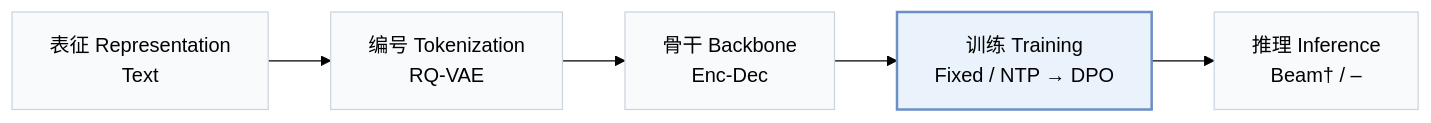
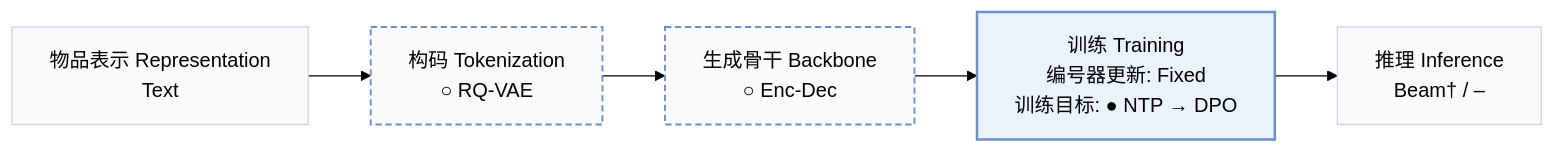
One commit to Galaxy-ghost/Awesome-SID-Generative-Rec changed the first of 2 diagrams in pages/zh/papers/ragr.md. Above: the diagram before and after it, drawn with Mermaid (forest theme). The commit also changed other lines of this file and 558 other files, not shown here.

````diff
--- a/pages/zh/papers/ragr.md
+++ b/pages/zh/papers/ragr.md
@@ -15,8 +18,10 @@
 ```mermaid
 flowchart LR
-    R["表征 Representation<br/>Text"] --> T["编号 Tokenization<br/>RQ-VAE"] --> B["骨干 Backbone<br/>Enc-Dec"] --> TR["训练 Training<br/>Fixed / NTP → DPO"] --> I["推理 Inference<br/>Beam† / –"]
+    R["物品表示 Representation<br/>Text"] --> T["构码 Tokenization<br/>○ RQ-VAE"] --> B["生成骨干 Backbone<br/>○ Enc-Dec"] --> TR["训练 Training<br/>编号器更新: Fixed<br/>训练目标: ● NTP → DPO"] --> I["推理 Inference<br/>Beam† / –"]
     classDef base fill:#f8fafc,stroke:#cbd5e1
     class R,T,B,TR,I base
+    classDef other fill:#f8fafc,stroke:#6b8fc7,stroke-width:1.5px,stroke-dasharray:5 3
+    class T,B other
     classDef main fill:#eaf2fb,stroke:#6b8fc7,stroke-width:2px
     class TR main
 ```
````
